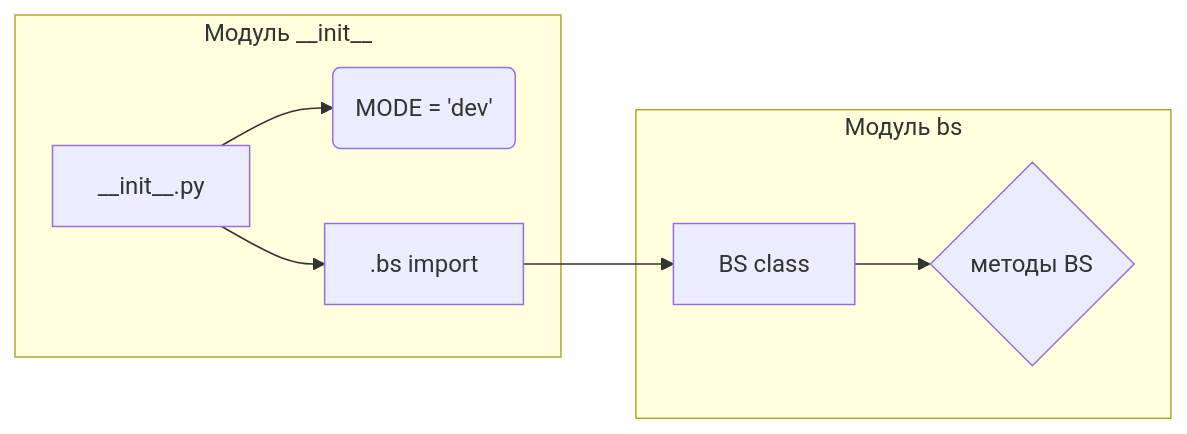
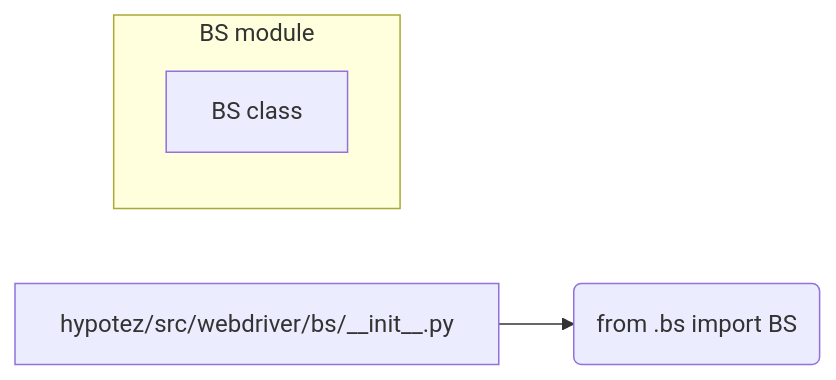
Before and after one commit to hypo69/hypo: the second of 2 diagrams in docs/gemini/ru/explainer/src/webdriver/bs/__init__.md, drawn with Mermaid. The commit also changed other lines of this file and 311 other files, not shown here.

````diff
--- a/docs/gemini/ru/explainer/src/webdriver/bs/__init__.md
+++ b/docs/gemini/ru/explainer/src/webdriver/bs/__init__.md
@@ -34,11 +33,7 @@
 ```mermaid
 graph LR
-    subgraph Модуль bs
-        A[BS class] --> B{методы BS};
-    end
-    subgraph Модуль __init__
-        C[__init__.py] --> D(MODE = 'dev');
-        C --> E[.bs import];
-        E --> A;
+    A[hypotez/src/webdriver/bs/__init__.py] --> B(from .bs import BS);
+    subgraph BS module
+        C[BS class]
     end
 ```
````
